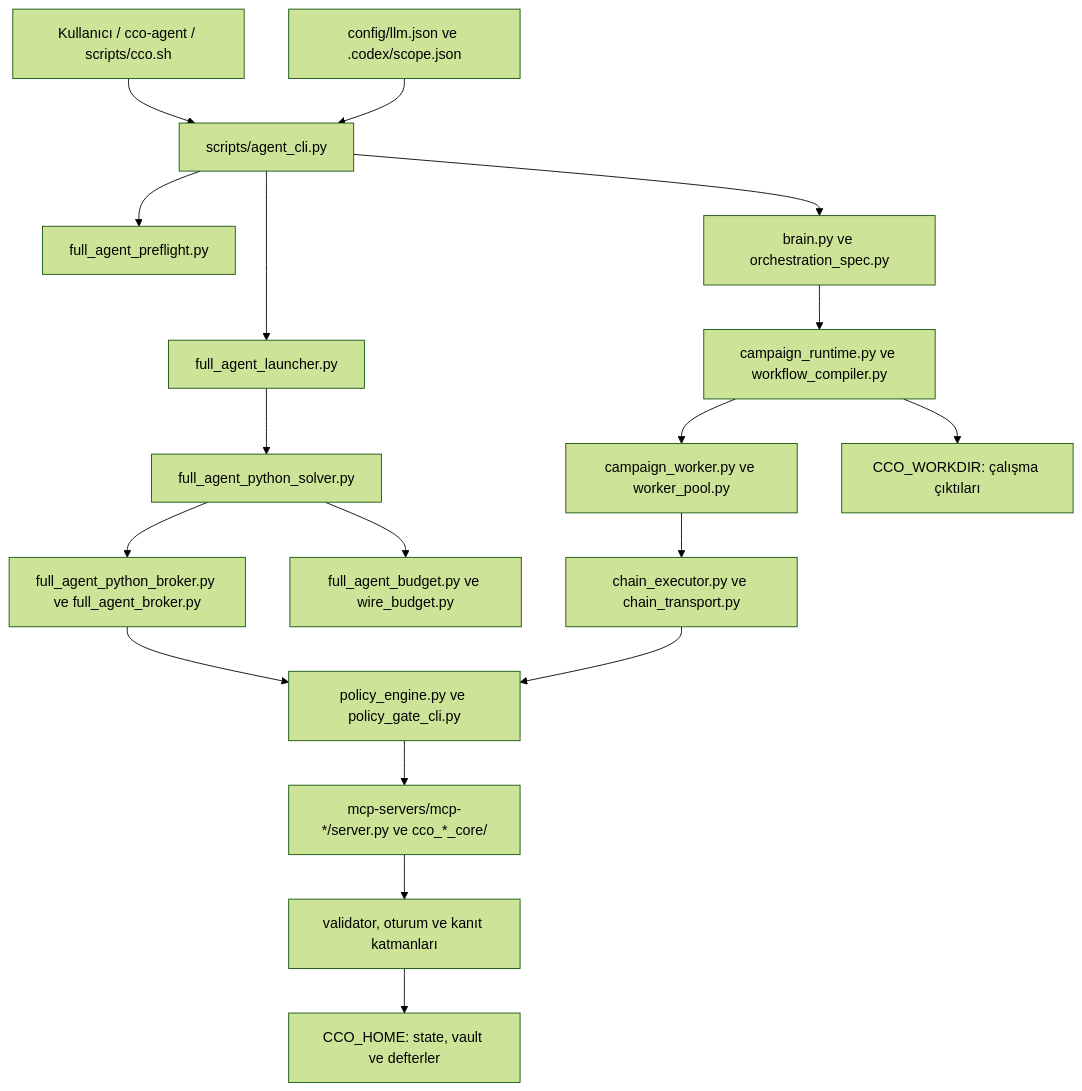
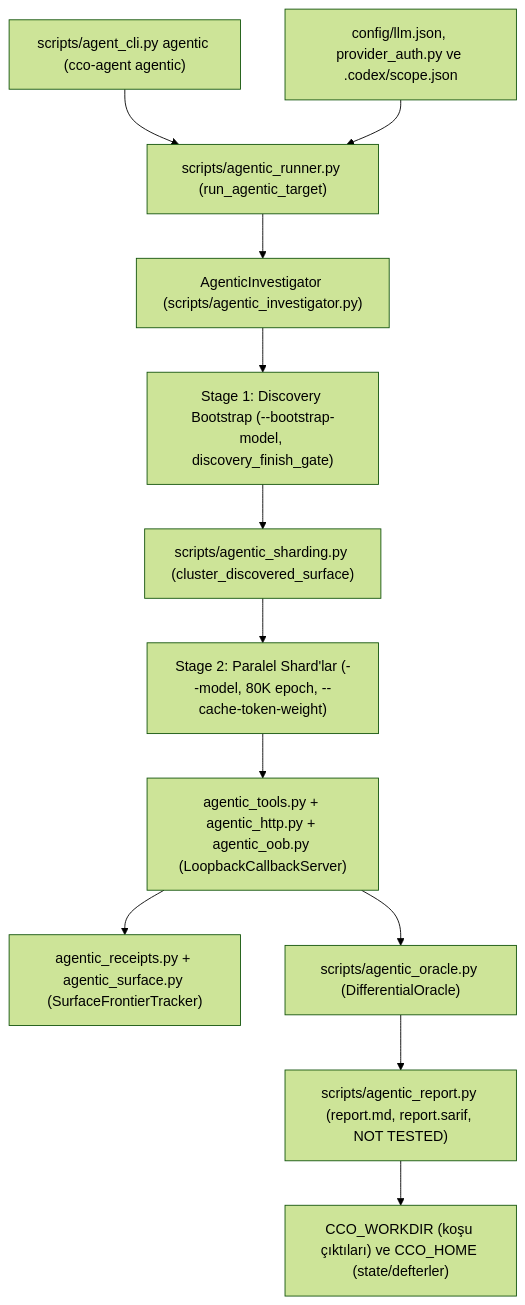
The diagram in docs/architecture.md (EmreMetin00007/kryon), drawn with Mermaid (forest theme) before and after one commit. The commit also changed other lines of this file and 13 other files, not shown here.

Commit message:
Phase 5: decouple agentic runner, modularize tools/investigator, and document architecture

````diff
--- a/docs/architecture.md
+++ b/docs/architecture.md
@@ -10,20 +13,14 @@
 ```mermaid
 flowchart TD
-    U[Kullanıcı / cco-agent / scripts/cco.sh] --> CLI[scripts/agent_cli.py]
-    C[config/llm.json ve .codex/scope.json] --> CLI
-    CLI --> P[full_agent_preflight.py]
-    CLI --> L[full_agent_launcher.py]
-    L --> S[full_agent_python_solver.py]
-    S --> BR[full_agent_python_broker.py ve full_agent_broker.py]
-    S --> BD[full_agent_budget.py ve wire_budget.py]
-    CLI --> B[brain.py ve orchestration_spec.py]
-    B --> Q[campaign_runtime.py ve workflow_compiler.py]
-    Q --> W[campaign_worker.py ve worker_pool.py]
-    W --> X[chain_executor.py ve chain_transport.py]
-    BR --> PE[policy_engine.py ve policy_gate_cli.py]
-    X --> PE
-    PE --> M[mcp-servers/mcp-*/server.py ve cco_*_core/]
-    M --> V[validator, oturum ve kanıt katmanları]
-    V --> H[CCO_HOME: state, vault ve defterler]
-    Q --> R[CCO_WORKDIR: çalışma çıktıları]
+    CLI["scripts/agent_cli.py agentic (cco-agent agentic)"] --> RUN["scripts/agentic_runner.py (run_agentic_target)"]
+    CFG["config/llm.json, provider_auth.py ve .codex/scope.json"] --> RUN
+    RUN --> INV["AgenticInvestigator (scripts/agentic_investigator.py)"]
+    INV --> S1["Stage 1: Discovery Bootstrap (--bootstrap-model, discovery_finish_gate)"]
+    S1 --> SHARD["scripts/agentic_sharding.py (cluster_discovered_surface)"]
+    SHARD --> S2["Stage 2: Paralel Shard'lar (--model, 80K epoch, --cache-token-weight)"]
+    S2 --> TOOLS["agentic_tools.py + agentic_http.py + agentic_oob.py (LoopbackCallbackServer)"]
+    TOOLS --> SURF["agentic_receipts.py + agentic_surface.py (SurfaceFrontierTracker)"]
+    TOOLS --> ORA["scripts/agentic_oracle.py (DifferentialOracle)"]
+    ORA --> REP["scripts/agentic_report.py (report.md, report.sarif, NOT TESTED)"]
+    REP --> OUT["CCO_WORKDIR (koşu çıktıları) ve CCO_HOME (state/defterler)"]
 ```
````
